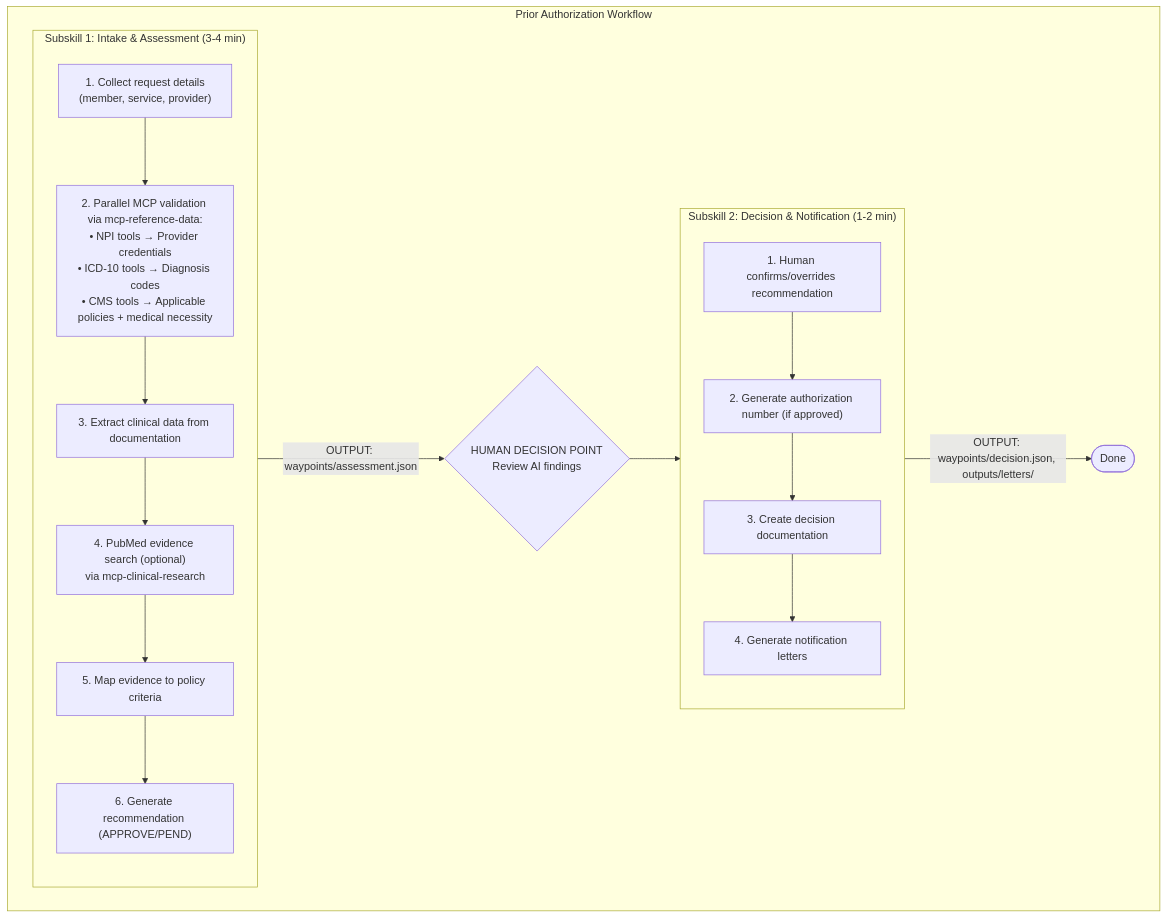
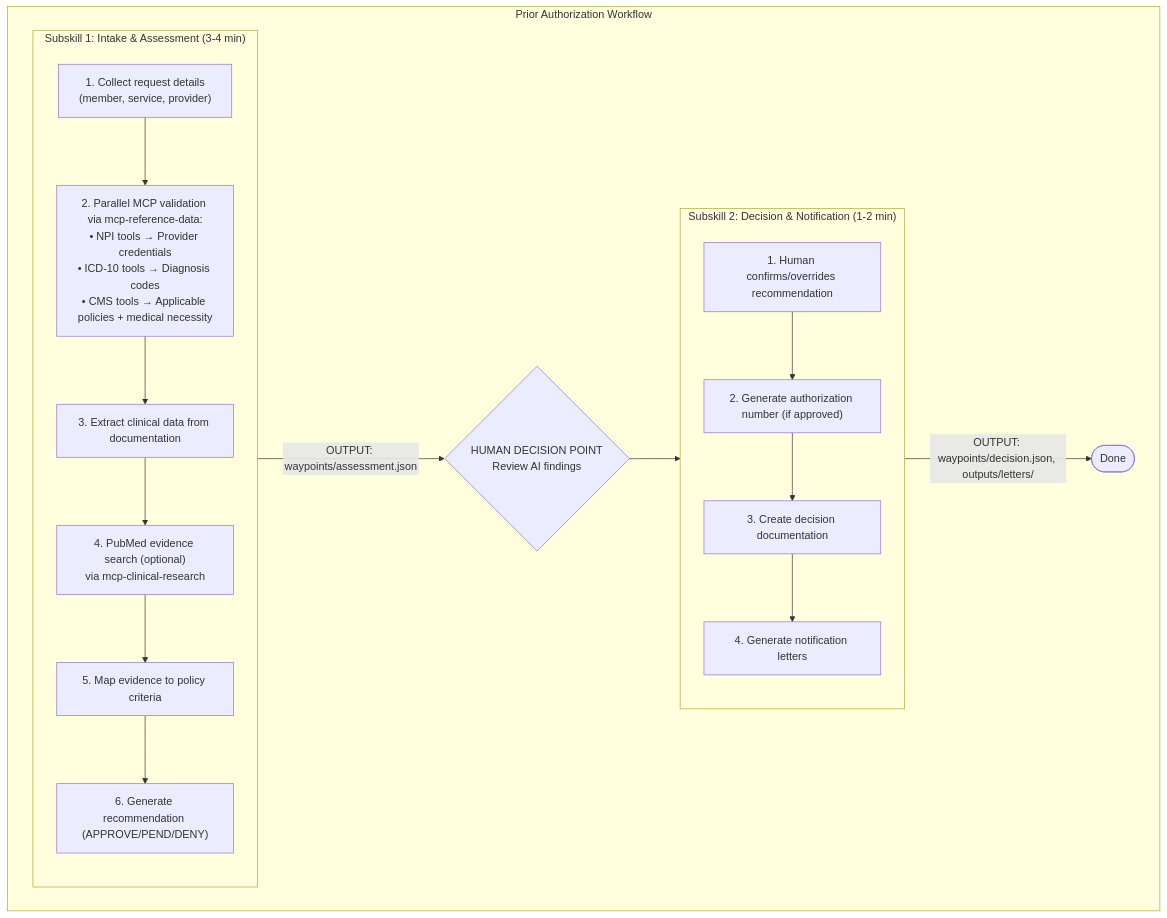
Before and after one commit to jkarasha/Azure-Healthcare-Marketplace-Demo: the diagram in .github/skills/prior-auth-azure/SKILL.md, drawn with Mermaid. The commit also changed other lines of this file and 6 other files, not shown here.

````diff
--- a/.github/skills/prior-auth-azure/SKILL.md
+++ b/.github/skills/prior-auth-azure/SKILL.md
@@ -62,30 +62,30 @@
 ```mermaid
 flowchart TD
     subgraph PA["Prior Authorization Workflow"]
         subgraph SUB1["Subskill 1: Intake & Assessment (3-4 min)"]
             S1A["1. Collect request details<br/>(member, service, provider)"]
             S1B["2. Parallel MCP validation via mcp-reference-data:<br/>• NPI tools → Provider credentials<br/>• ICD-10 tools → Diagnosis codes<br/>• CMS tools → Applicable policies + medical necessity"]
             S1C["3. Extract clinical data from documentation"]
             S1Lit["4. PubMed evidence search (optional)<br/>via mcp-clinical-research"]
             S1D["5. Map evidence to policy criteria"]
-            S1E["6. Generate recommendation (APPROVE/PEND)"]
+            S1E["6. Generate recommendation (APPROVE/PEND/DENY)"]
             S1A --> S1B --> S1C --> S1Lit --> S1D --> S1E
         end
 
         SUB1 -->|"OUTPUT: waypoints/assessment.json"| HUMAN
 
         HUMAN{"HUMAN DECISION POINT<br/>Review AI findings"}
 
         HUMAN --> SUB2
 
         subgraph SUB2["Subskill 2: Decision & Notification (1-2 min)"]
             S2A["1. Human confirms/overrides recommendation"]
             S2B["2. Generate authorization number (if approved)"]
             S2C["3. Create decision documentation"]
             S2D["4. Generate notification letters"]
             S2A --> S2B --> S2C --> S2D
         end
 
         SUB2 -->|"OUTPUT: waypoints/decision.json, outputs/letters/"| DONE(["Done"])
     end
 ```
````
